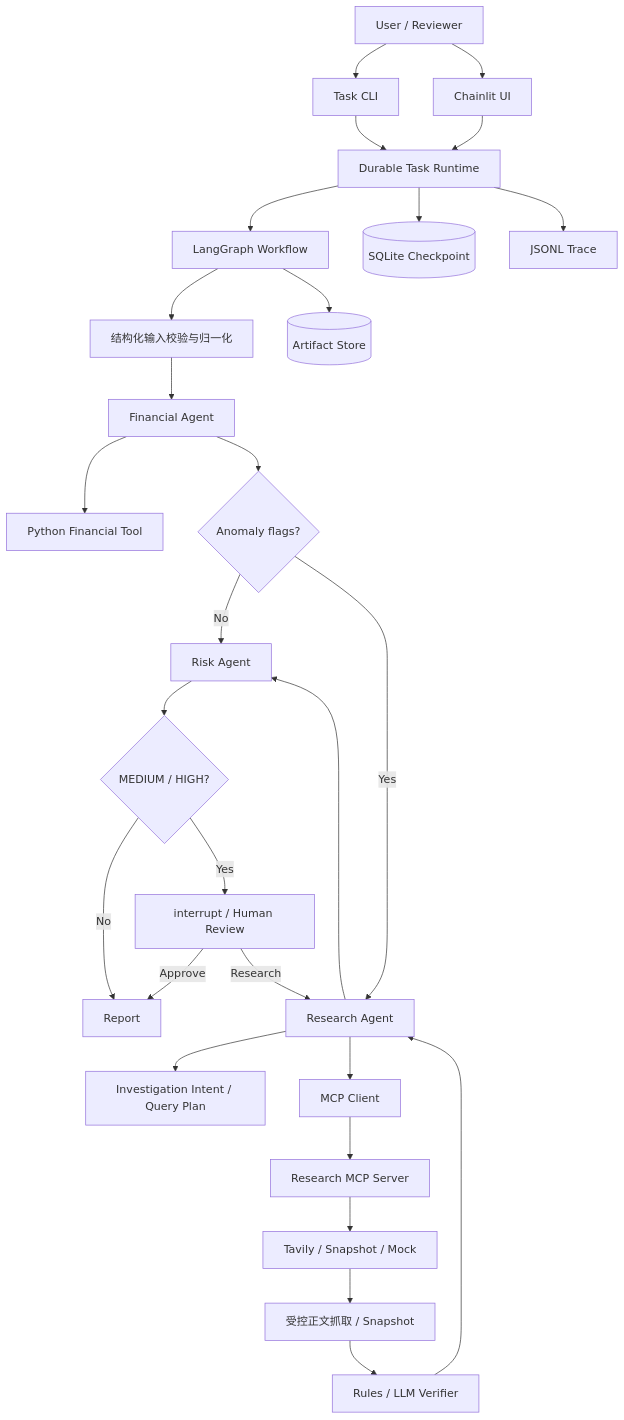
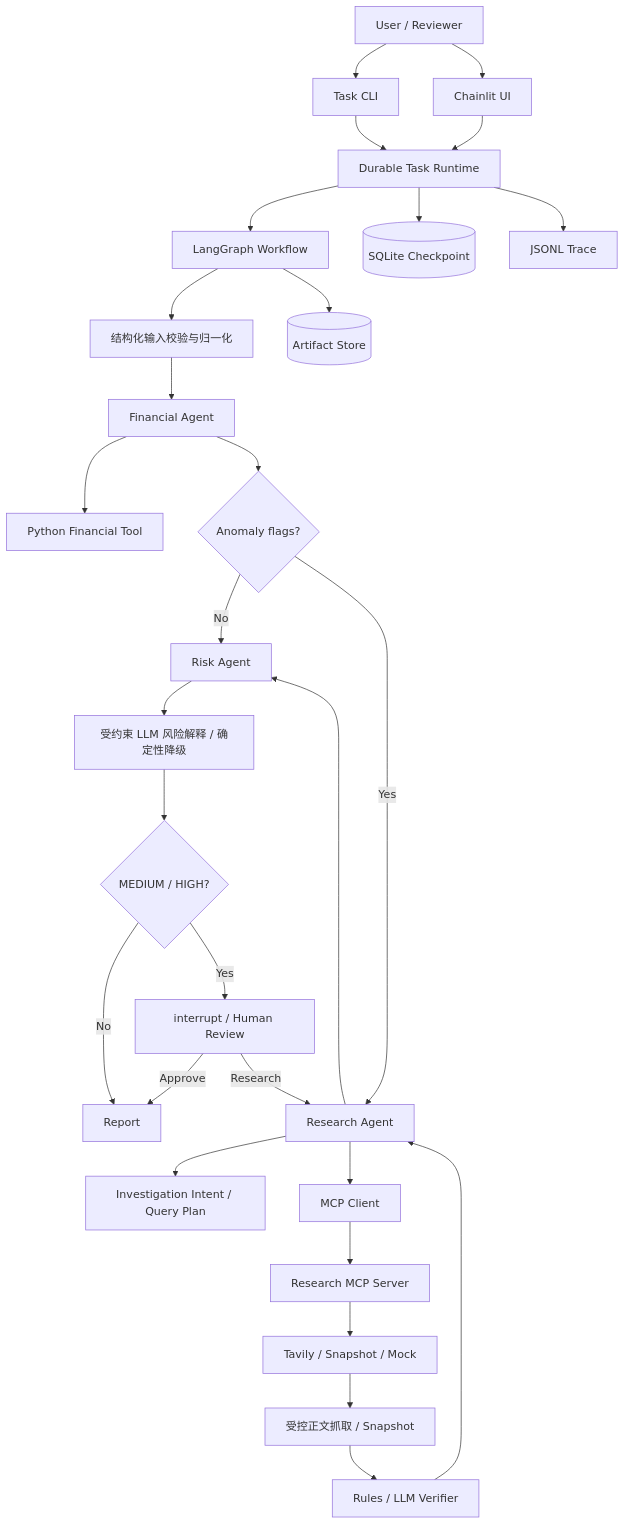
One commit to okwecool/Credra-Agent changed the first of 3 diagrams in README.md. Above: the diagram before and after it, drawn with Mermaid. The commit also changed other lines of this file and 19 other files, not shown here.

Commit message:
ft：接入受约束的主链路 LLM 风险解释

````diff
--- a/README.md
+++ b/README.md
@@ -44,30 +44,31 @@
 ```mermaid
 flowchart TD
     User["User / Reviewer"] --> CLI["Task CLI"]
     User --> UI["Chainlit UI"]
     CLI --> Runtime["Durable Task Runtime"]
     UI --> Runtime
     Runtime --> Graph["LangGraph Workflow"]
     Runtime --> Checkpoint[("SQLite Checkpoint")]
     Graph --> Document["结构化输入校验与归一化"]
     Document --> Financial["Financial Agent"]
     Financial --> PythonTool["Python Financial Tool"]
     Financial --> Route{"Anomaly flags?"}
     Route -->|No| Risk["Risk Agent"]
     Route -->|Yes| Research["Research Agent"]
     Research --> Intent["Investigation Intent / Query Plan"]
     Research --> MCPClient["MCP Client"]
     MCPClient --> MCPServer["Research MCP Server"]
     MCPServer --> Provider["Tavily / Snapshot / Mock"]
     Provider --> Fetcher["受控正文抓取 / Snapshot"]
     Fetcher --> Verifier["Rules / LLM Verifier"]
     Verifier --> Research
     Research --> Risk
-    Risk --> Review{"MEDIUM / HIGH?"}
+    Risk --> Narrative["受约束 LLM 风险解释 / 确定性降级"]
+    Narrative --> Review{"MEDIUM / HIGH?"}
     Review -->|No| Report["Report"]
     Review -->|Yes| Interrupt["interrupt / Human Review"]
     Interrupt -->|Approve| Report
     Interrupt -->|Research| Research
     Graph --> Artifacts[("Artifact Store")]
     Runtime --> Trace["JSONL Trace"]
 ```
````
